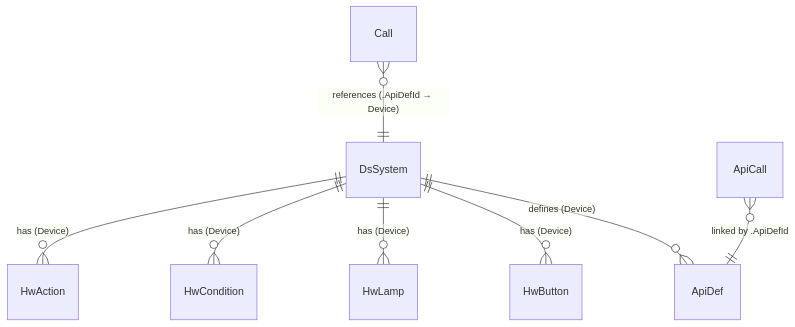
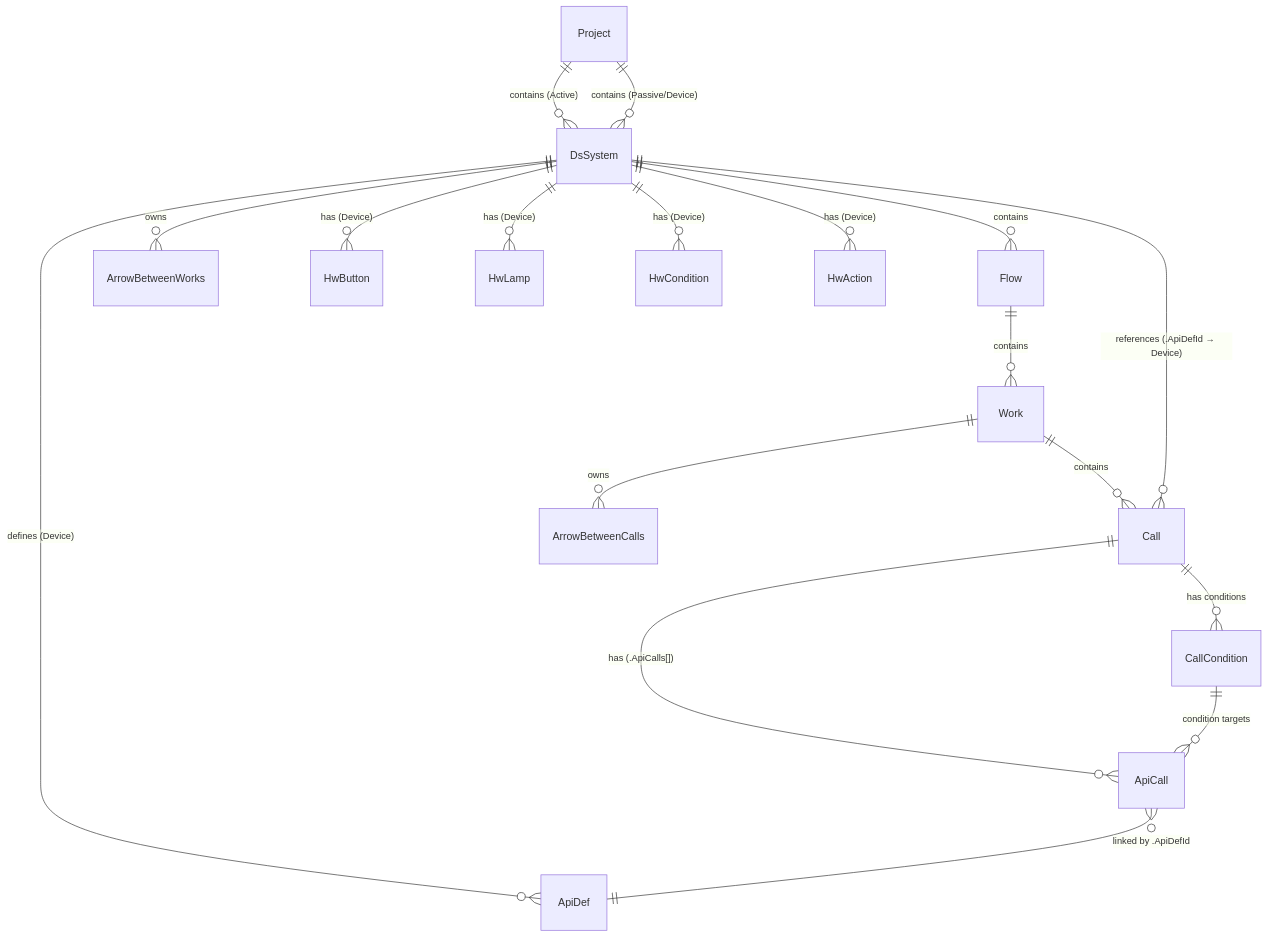
The fourth of 7 diagrams in README.md (DualsoftDev/ds2), drawn with Mermaid before and after one commit. The commit also changed other lines of this file and 85 other files, not shown here.

````diff
--- a/README.md
+++ b/README.md
@@ -122,10 +109,26 @@
 ```mermaid
 erDiagram
+    Project ||--o{ DsSystem : "contains (Active)"
+    Project ||--o{ DsSystem : "contains (Passive/Device)"
+
+    DsSystem ||--o{ Flow : contains
+    DsSystem ||--o{ ArrowBetweenWorks : owns
     DsSystem ||--o{ ApiDef : "defines (Device)"
     DsSystem ||--o{ HwButton : "has (Device)"
     DsSystem ||--o{ HwLamp : "has (Device)"
     DsSystem ||--o{ HwCondition : "has (Device)"
     DsSystem ||--o{ HwAction : "has (Device)"
+
+    Flow ||--o{ Work : contains
+
+    Work ||--o{ Call : contains
+    Work ||--o{ ArrowBetweenCalls : owns
+
+    Call ||--o{ ApiCall : "has (.ApiCalls[])"
+    Call ||--o{ CallCondition : "has conditions"
     Call }o--|| DsSystem : "references (.ApiDefId → Device)"
+
     ApiCall }o--|| ApiDef : "linked by .ApiDefId"
+
+    CallCondition ||--o{ ApiCall : "condition targets"
 ```
````
